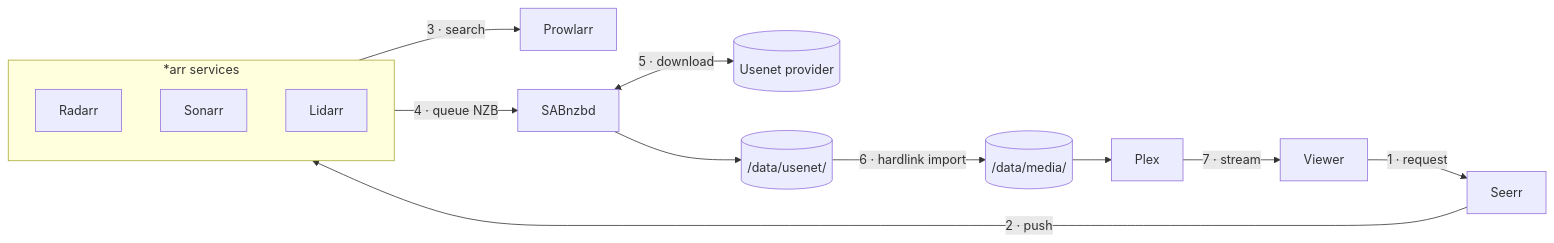
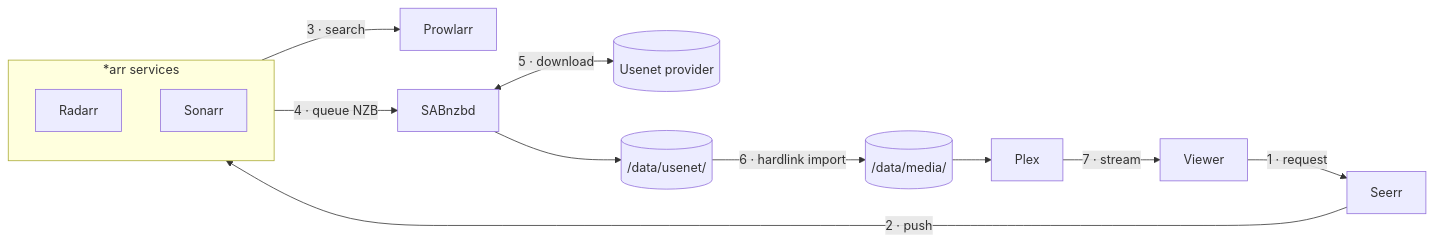
Before and after one commit to mihirsathe/homeserver: the third of 4 diagrams in docs/diagrams-drafts.md, drawn with Mermaid. The commit also changed other lines of this file and 17 other files, not shown here.

````diff
--- a/docs/diagrams-drafts.md
+++ b/docs/diagrams-drafts.md
@@ -116,27 +116,26 @@
 ```mermaid
 flowchart LR
     viewer["Viewer"]
     seerr["Seerr"]
     subgraph arr["*arr services"]
         direction TB
         radarr["Radarr"]
         sonarr["Sonarr"]
-        lidarr["Lidarr"]
     end
     prow["Prowlarr"]
     sab["SABnzbd"]
     usenet[("Usenet provider")]
     plex["Plex"]
     inc[("/data/usenet/")]
     media[("/data/media/")]
 
     viewer -->|"1 · request"| seerr
     seerr -->|"2 · push"| arr
     arr -->|"3 · search"| prow
     arr -->|"4 · queue NZB"| sab
     sab <-->|"5 · download"| usenet
     sab --> inc
     inc -->|"6 · hardlink import"| media
     media --> plex
     plex -->|"7 · stream"| viewer
 ```
````
